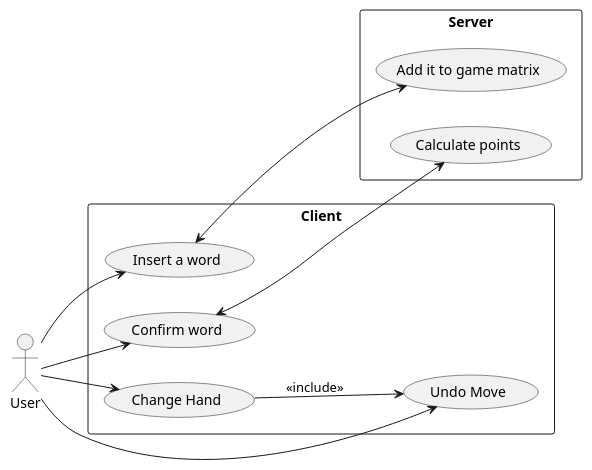
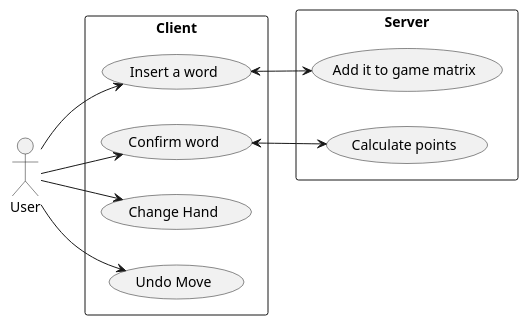
One commit to shdShadow/Scarabeo changed the diagram in use_case.puml. Above: the diagram before and after it, drawn with PlantUML.

```diff
--- a/use_case.puml
+++ b/use_case.puml
@@ -1,27 +1,27 @@
 @startuml use_case_Scarabeo
 left to right direction
 actor "User" as u
 
 rectangle Client{
     usecase "Insert a word" as UC1
     usecase "Confirm word" as UC2
     usecase "Change Hand" as UC3
     usecase "Undo Move" as UC4
 }
 
 u --> UC1
 u --> UC2
 u --> UC3
 u --> UC4
 
 rectangle Server{
     usecase "Add it to game matrix" as US1
     usecase "Calculate points" as US2
 }
 
 UC1 <--> US1
 UC2 <--> US2
 
-UC3 --> UC4 : <<include>>
+
 
 @enduml
```
